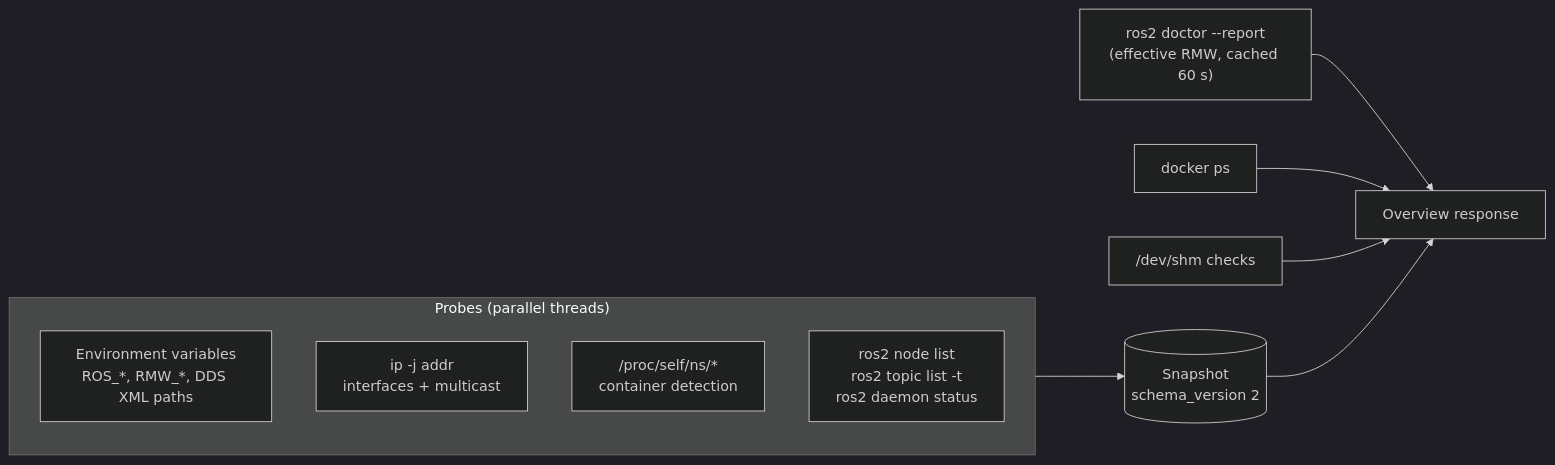
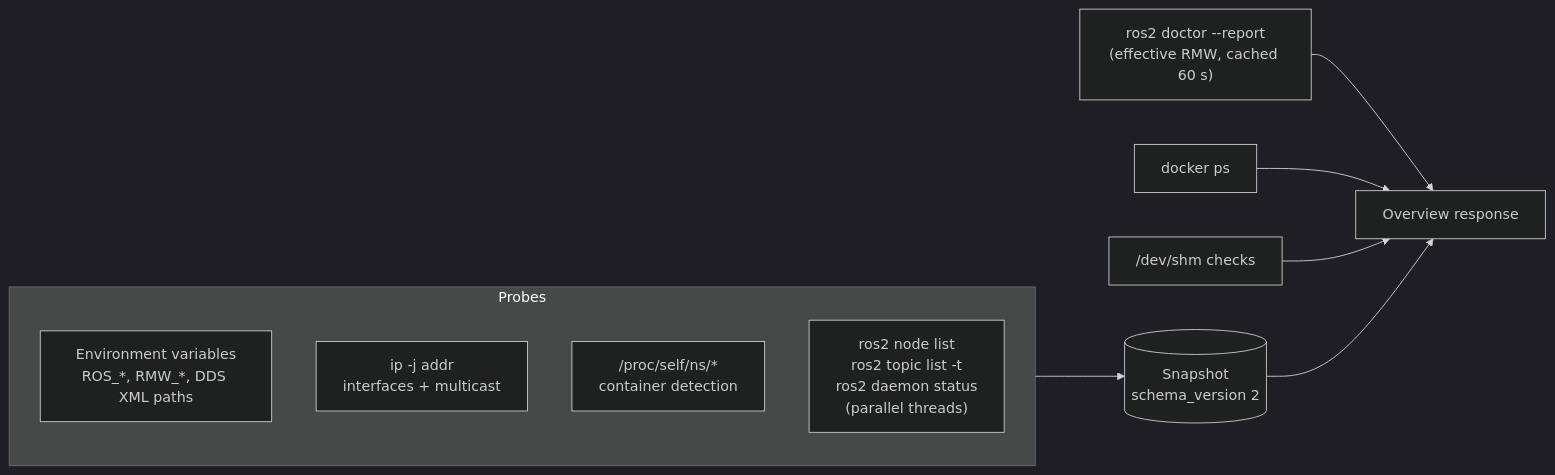
Before and after one commit to Animesh2507/dds-autodiag: the diagram in docs/architecture/components/collector.md, drawn with Mermaid (dark theme). The commit also changed other lines of this file and 35 other files, not shown here.

````diff
--- a/docs/architecture/components/collector.md
+++ b/docs/architecture/components/collector.md
@@ -8,14 +8,14 @@
 ```mermaid
 flowchart LR
-    subgraph probes["Probes (parallel threads)"]
+    subgraph probes["Probes"]
         env["Environment variables<br/>ROS_*, RMW_*, DDS XML paths"]
         net["ip -j addr<br/>interfaces + multicast"]
         ns["/proc/self/ns/*<br/>container detection"]
-        rosgraph["ros2 node list<br/>ros2 topic list -t<br/>ros2 daemon status"]
+        rosgraph["ros2 node list<br/>ros2 topic list -t<br/>ros2 daemon status<br/>(parallel threads)"]
     end
     probes --> snap[("Snapshot<br/>schema_version 2")]
     doctor["ros2 doctor --report<br/>(effective RMW, cached 60 s)"] --> overview
     docker["docker ps"] --> overview
     shm["/dev/shm checks"] --> overview
     snap --> overview["Overview response"]
 ```
````
